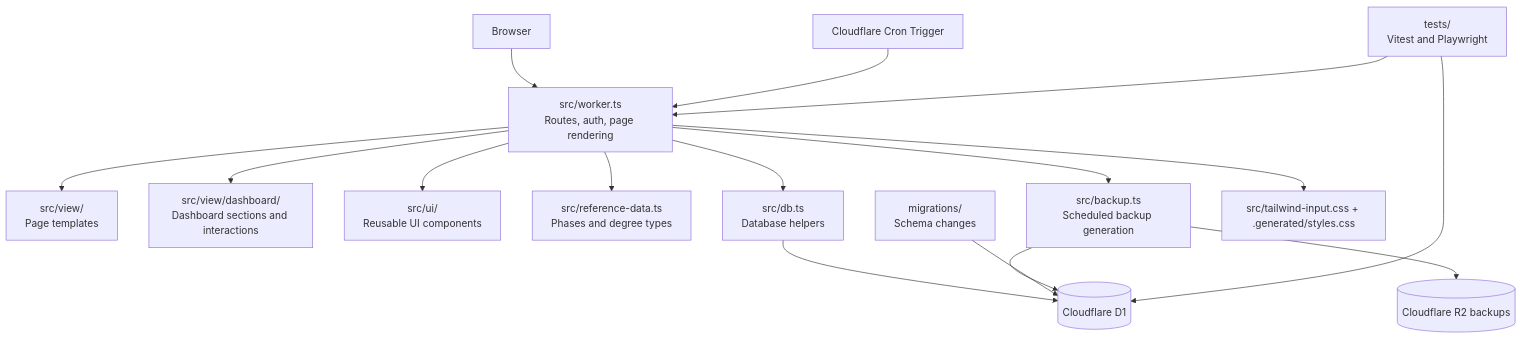
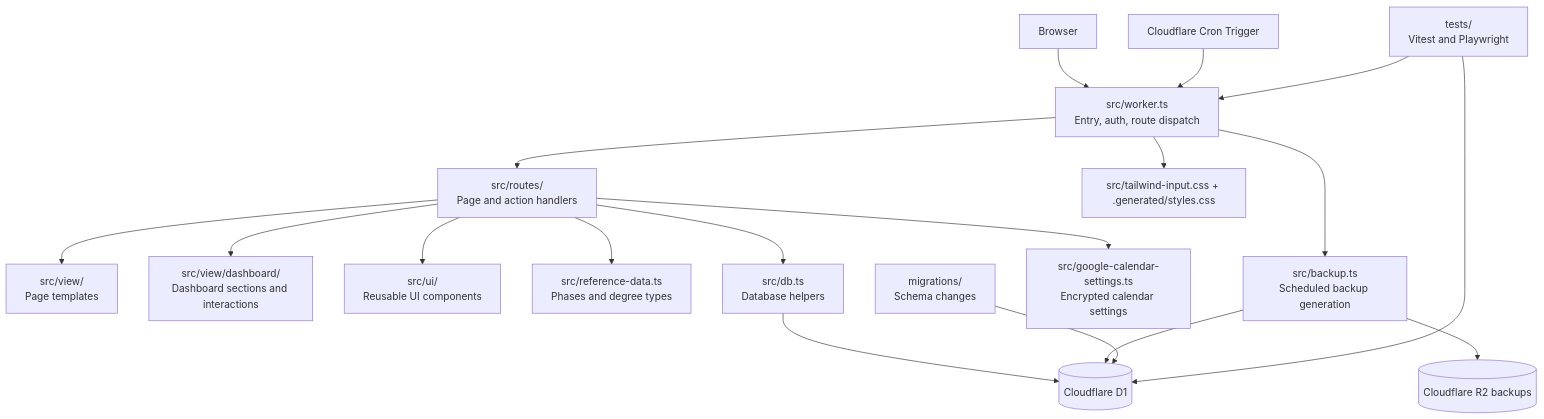
Before and after one commit to bebraw/thesis-journey-tracker: the diagram in docs/project-structure.md, drawn with Mermaid. The commit also changed other lines of this file and 6 other files, not shown here.

Commit message:
Extract worker route handlers into modules

````diff
--- a/docs/project-structure.md
+++ b/docs/project-structure.md
@@ -29,33 +31,37 @@
 ```mermaid
 graph TD
     Browser[Browser]
-    Worker[src/worker.ts<br/>Routes, auth, page rendering]
+    Worker[src/worker.ts<br/>Entry, auth, route dispatch]
+    Routes[src/routes/<br/>Page and action handlers]
     Views[src/view/<br/>Page templates]
     Dashboard[src/view/dashboard/<br/>Dashboard sections and interactions]
     UI[src/ui/<br/>Reusable UI components]
     Reference[src/reference-data.ts<br/>Phases and degree types]
     DB[src/db.ts<br/>Database helpers]
     Backup[src/backup.ts<br/>Scheduled backup generation]
+    CalendarSettings[src/google-calendar-settings.ts<br/>Encrypted calendar settings]
     D1[(Cloudflare D1)]
     R2[(Cloudflare R2 backups)]
     Migrations[migrations/<br/>Schema changes]
     Tests[tests/<br/>Vitest and Playwright]
     CSS[src/tailwind-input.css + .generated/styles.css]
     Cron[Cloudflare Cron Trigger]
 
     Browser --> Worker
-    Worker --> Views
-    Worker --> Dashboard
-    Worker --> UI
-    Worker --> Reference
-    Worker --> DB
+    Worker --> Routes
+    Routes --> Views
+    Routes --> Dashboard
+    Routes --> UI
+    Routes --> Reference
+    Routes --> DB
+    Routes --> CalendarSettings
     Worker --> Backup
     Worker --> CSS
     DB --> D1
     Cron --> Worker
     Backup --> D1
     Backup --> R2
     Migrations --> D1
     Tests --> Worker
     Tests --> D1
 ```
````
